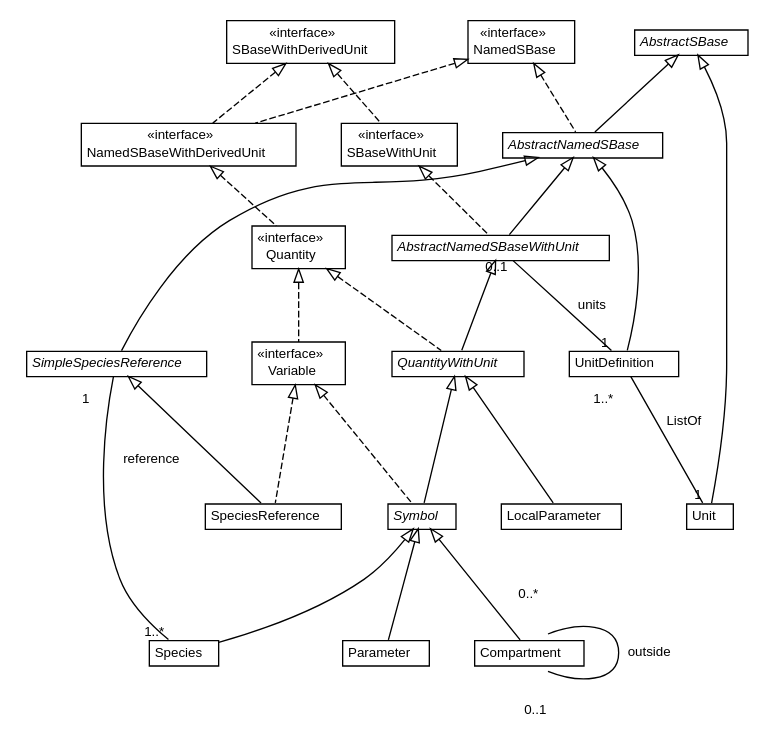
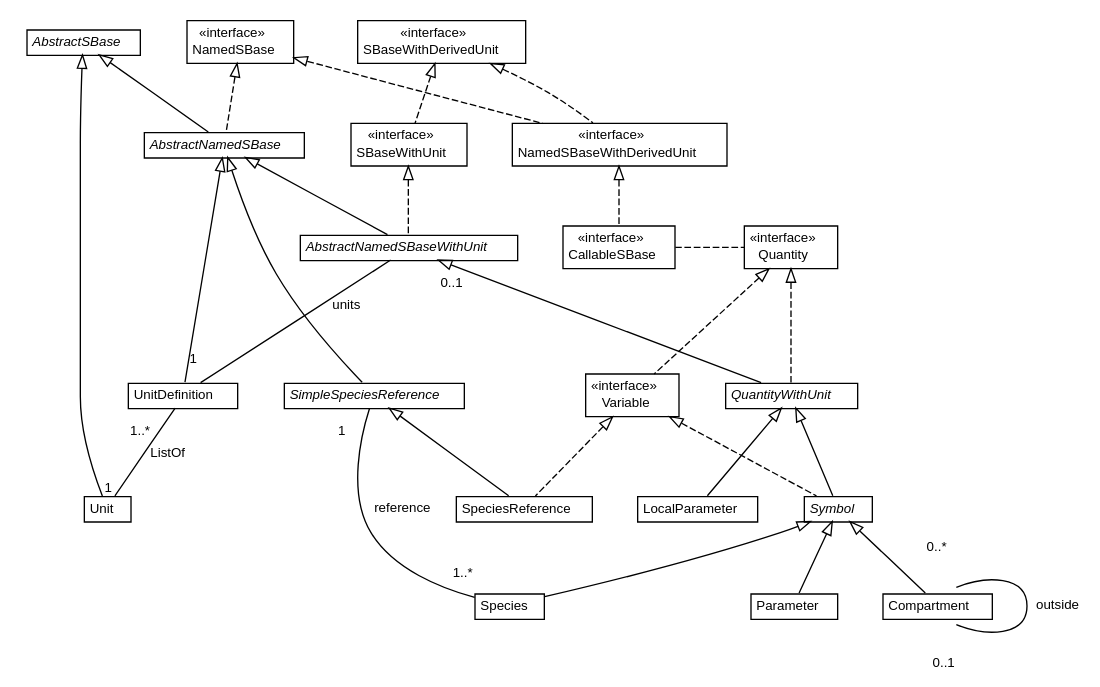
The diagram in doc/img/Symbol.dot (sbmlteam/jsbml), drawn with Graphviz before and after one commit. The commit also changed 10 other files, not shown here.

Commit message:
Updated and improved the documentation about differences between JSBML and libSBML.

```diff
--- a/doc/img/Symbol.dot
+++ b/doc/img/Symbol.dot
@@ -208,12 +208,22 @@
 <tr><td align="center" balign="center"> SBaseWithDerivedUnit </td></tr>
 		</table></td></tr>
 		</table>>, fontname="Helvetica", fontcolor="black", fontsize=10.0];
+
+	// org.sbml.jsbml.CallableSBase
+	c21 [label=<<table title="org.sbml.jsbml.CallableSBase" border="0" cellborder="1" cellspacing="0" cellpadding="2" port="p">
+		<tr><td><table border="0" cellspacing="0" cellpadding="1">
+<tr><td align="center" balign="center"> &#171;interface&#187; </td></tr>
+<tr><td align="center" balign="center"> CallableSBase </td></tr>
+		</table></td></tr>
+		</table>>, fontname="Helvetica", fontcolor="black", fontsize=10.0];
+
+
 	//org.sbml.jsbml.Symbol extends org.sbml.jsbml.QuantityWithUnit
 	c7:p -> c0:p [dir=back,arrowtail=empty];
 	//org.sbml.jsbml.Symbol implements org.sbml.jsbml.Variable
 	c6:p -> c0:p [dir=back,arrowtail=empty,style=dashed];
 	// org.sbml.jsbml.AbstractNamedSBaseWithUnit HAS org.sbml.jsbml.UnitDefinition
-	c17:p -> c15:p [taillabel="             0..1", label="  units", headlabel=" 1", fontname="Helvetica", fontcolor="black", fontsize=10.0, color="black", arrowhead=none, arrowtail=ediamond];
+	c17:p -> c15:p [taillabel="\n             0..1", label="units\n\n\n", headlabel="      1\n\n", fontname="Helvetica", fontcolor="black", fontsize=10.0, color="black", arrowhead=none, arrowtail=ediamond];
 	//org.sbml.jsbml.LocalParameter extends org.sbml.jsbml.QuantityWithUnit
 	c7:p -> c1:p [dir=back,arrowtail=empty];
 	//org.sbml.jsbml.SpeciesReference extends org.sbml.jsbml.SimpleSpeciesReference
@@ -239,9 +249,11 @@
 	//org.sbml.jsbml.SimpleSpeciesReference extends org.sbml.jsbml.AbstractNamedSBase
 	c10:p -> c8:p [dir=back,arrowtail=empty];
 	// org.sbml.jsbml.SimpleSpeciesReference HAS org.sbml.jsbml.Species
-	c8:p -> c5:p [taillabel="\n1      ", label="reference\n\n\n\n\n\n\n\n", headlabel="   1..*", fontname="Helvetica", fontcolor="black", fontsize=10.0, color="black", arrowhead=none, arrowtail=ediamond];
-	//org.sbml.jsbml.Quantity implements org.sbml.jsbml.NamedSBaseWithDerivedUnit
-	c12:p -> c9:p [dir=back,arrowtail=empty,style=dashed];
+	c8:p -> c5:p [taillabel="\n1      ", label="reference", headlabel="1..*\n\n", fontname="Helvetica", fontcolor="black", fontsize=10.0, color="black", arrowhead=none, arrowtail=ediamond];
+	//org.sbml.jsbml.Quantity implements org.sbml.jsbml.CallableSBase
+	c21:p -> c9:p [dir=back,arrowtail=empty,style=dashed];
+	//org.sbml.jsbml.CallableSBase implements org.sbml.jsbml.NamedSBaseWithDerivedUnit
+	c12:p -> c21:p [dir=back,arrowtail=empty,style=dashed];
 	//org.sbml.jsbml.AbstractNamedSBase extends org.sbml.jsbml.AbstractSBase
 	c11:p -> c10:p [dir=back,arrowtail=empty];
 	//org.sbml.jsbml.AbstractNamedSBase implements org.sbml.jsbml.NamedSBase
@@ -257,7 +269,7 @@
 	//org.sbml.jsbml.UnitDefinition extends org.sbml.jsbml.AbstractNamedSBase
 	c10:p -> c15:p [dir=back,arrowtail=empty];
 	// org.sbml.jsbml.UnitDefinition COMPOSED org.sbml.jsbml.Unit
-	c15:p -> c16:p [taillabel="\n1..*    ", label="  ListOf", headlabel="1", fontname="Helvetica", fontcolor="black", fontsize=10.0, color="black", arrowhead=none, arrowtail=diamond];
+	c15:p -> c16:p [taillabel="\n1..*      ", label="ListOf", headlabel=" 1", fontname="Helvetica", fontcolor="black", fontsize=10.0, color="black", arrowhead=none, arrowtail=diamond];
 	//org.sbml.jsbml.Unit extends org.sbml.jsbml.AbstractSBase
 	c11:p -> c16:p [dir=back,arrowtail=empty];
 	// SpeciesType
@@ -279,4 +291,5 @@
 
 
 // {rank="same"; c15; c16}
+  {rank="same"; c9; c21}
 }
```
